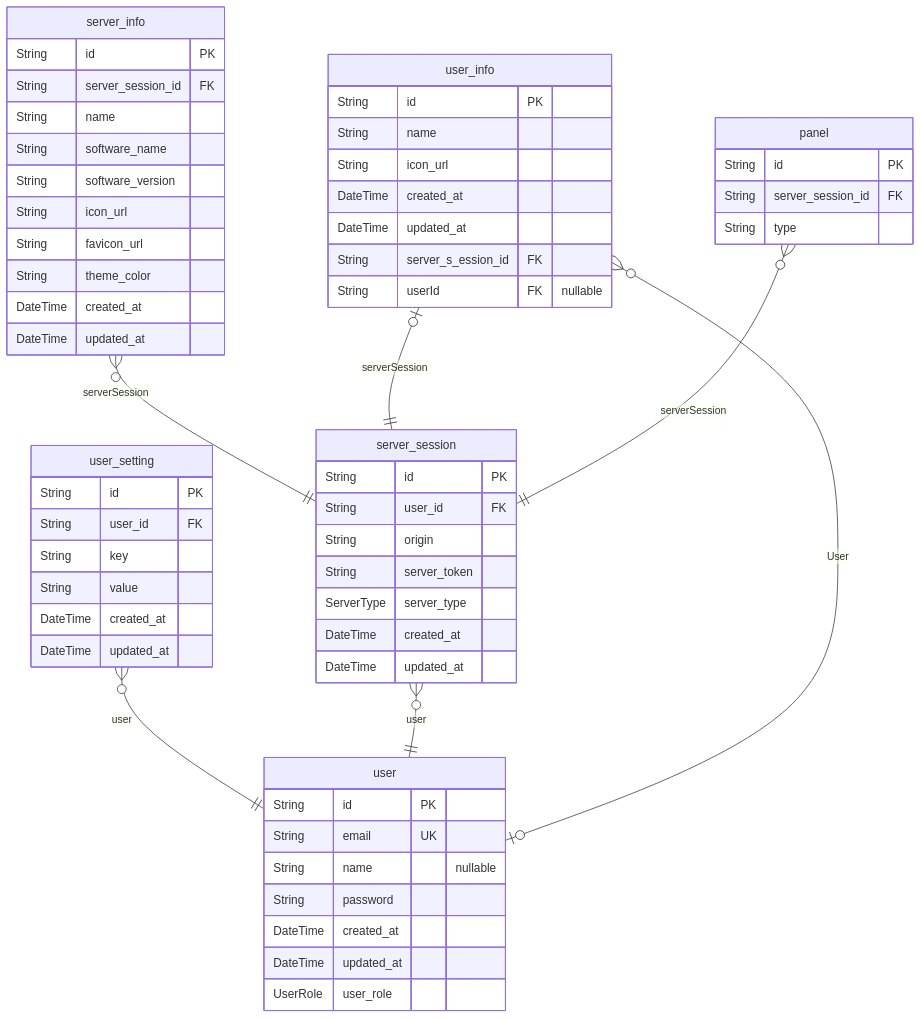
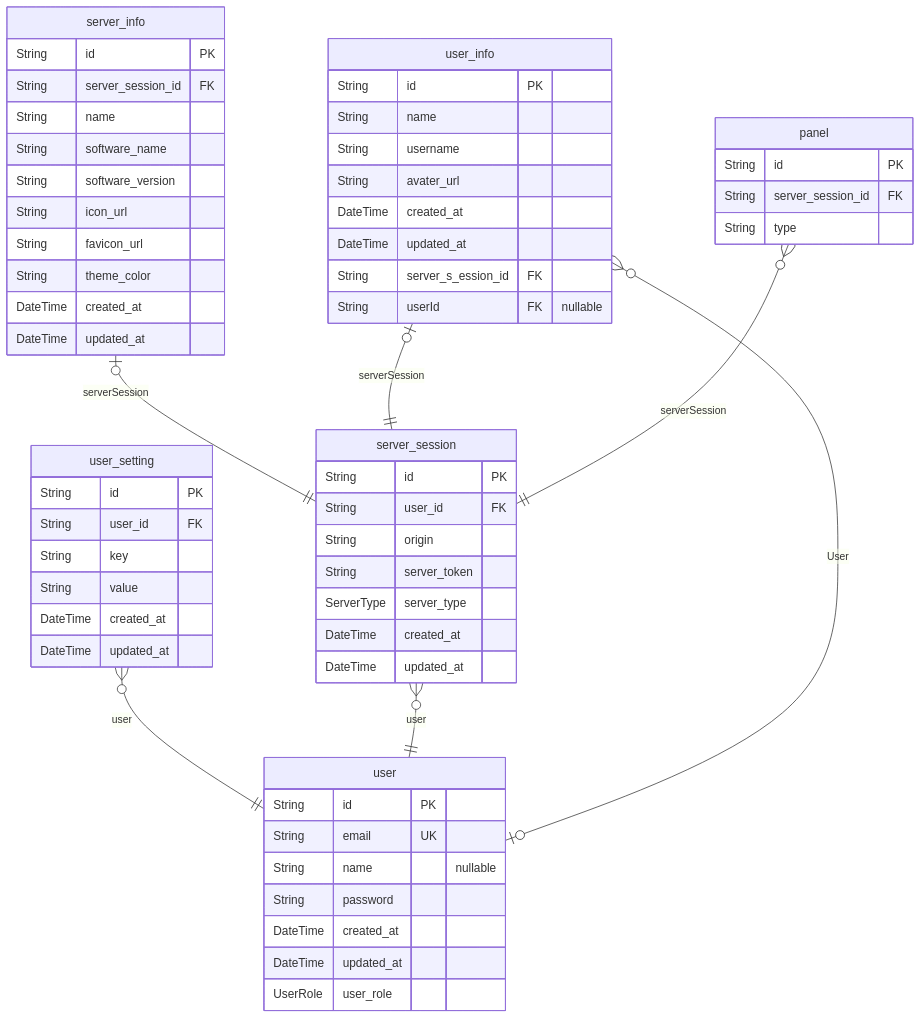
One commit to mochi-sann/mi-deck changed the diagram in apps/server/prisma/ERD.md. Above: the diagram before and after it, drawn with Mermaid. The commit also changed other lines of this file and 5 other files, not shown here.

````diff
--- a/apps/server/prisma/ERD.md
+++ b/apps/server/prisma/ERD.md
@@ -7,61 +7,62 @@
 ```mermaid
 erDiagram
 "user" {
   String id PK
   String email UK
   String name "nullable"
   String password
   DateTime created_at
   DateTime updated_at
   UserRole user_role
 }
 "user_setting" {
   String id PK
   String user_id FK
   String key
   String value
   DateTime created_at
   DateTime updated_at
 }
 "server_session" {
   String id PK
   String user_id FK
   String origin
   String server_token
   ServerType server_type
   DateTime created_at
   DateTime updated_at
 }
 "server_info" {
   String id PK
   String server_session_id FK
   String name
   String software_name
   String software_version
   String icon_url
   String favicon_url
   String theme_color
   DateTime created_at
   DateTime updated_at
 }
 "user_info" {
   String id PK
   String name
-  String icon_url
+  String username
+  String avater_url
   DateTime created_at
   DateTime updated_at
   String server_s_ession_id FK
   String userId FK "nullable"
 }
 "panel" {
   String id PK
   String server_session_id FK
   String type
 }
 "user_setting" }o--|| "user" : user
 "server_session" }o--|| "user" : user
-"server_info" }o--|| "server_session" : serverSession
+"server_info" |o--|| "server_session" : serverSession
 "user_info" |o--|| "server_session" : serverSession
 "user_info" }o--o| "user" : User
 "panel" }o--|| "server_session" : serverSession
 ```
````
